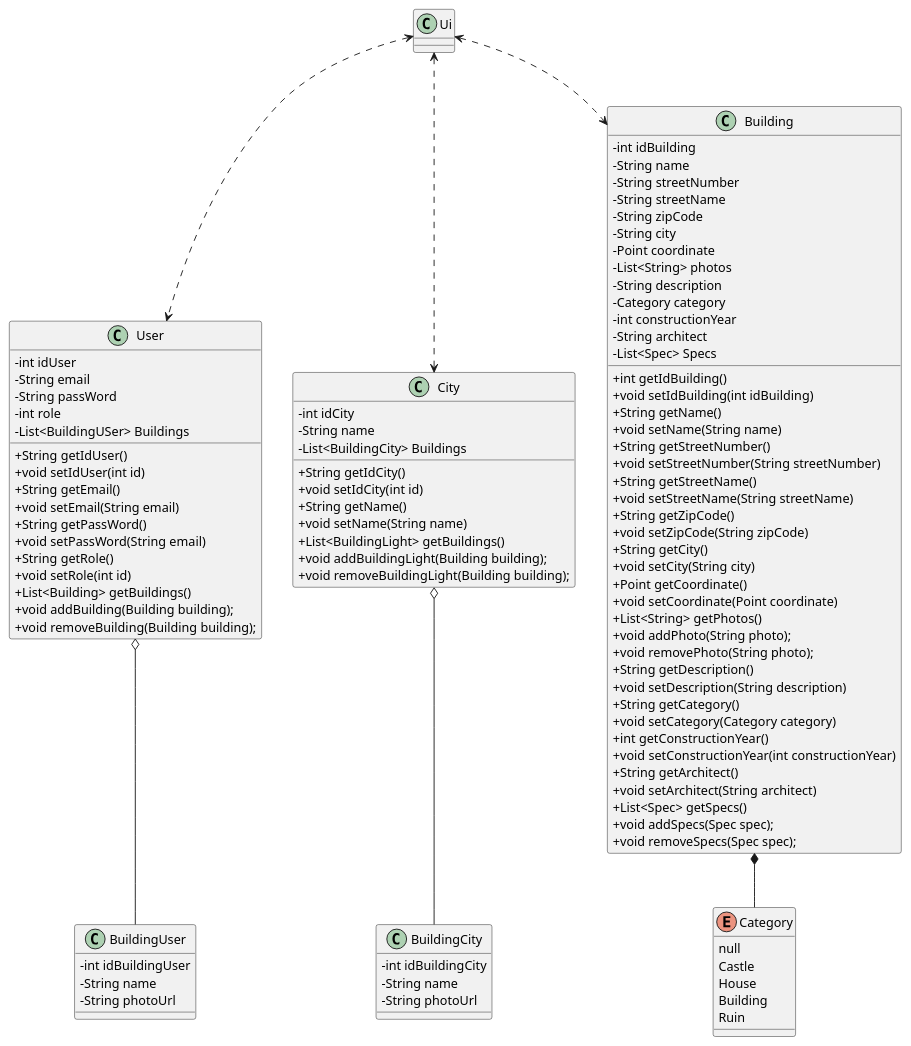
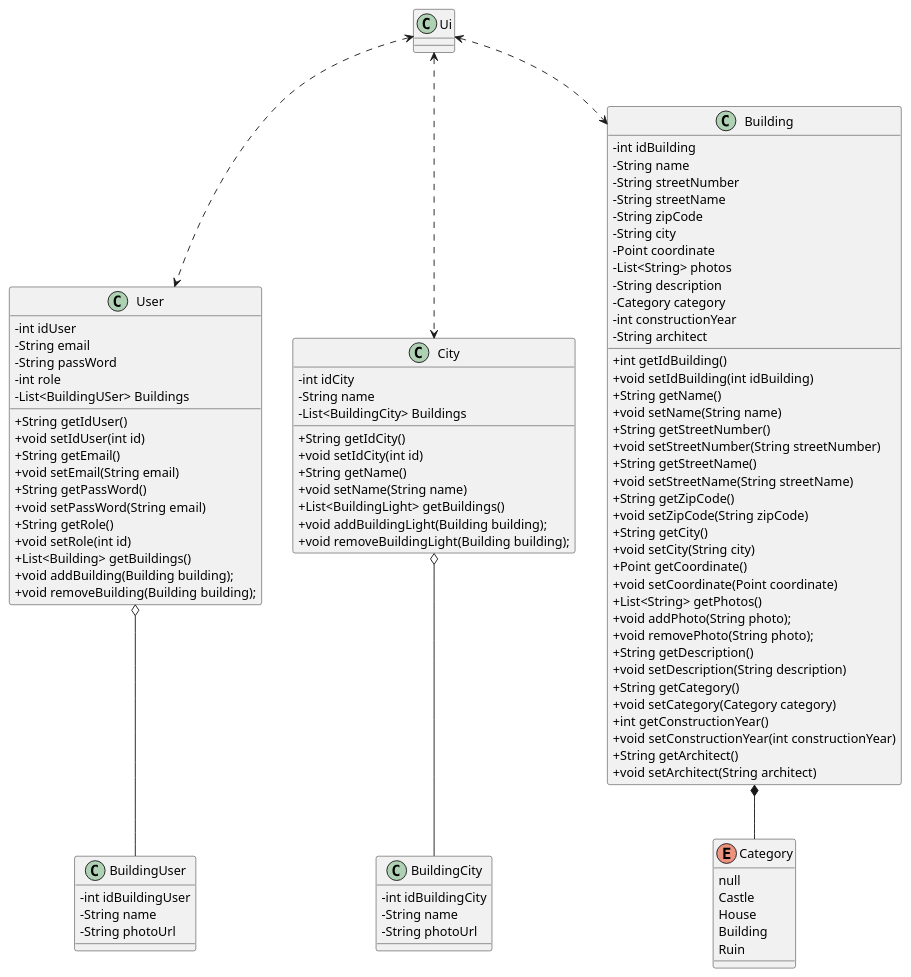
One commit to chris-tophe/CecChrRap changed the first of 4 diagrams in Model.plantuml. Above: the diagram before and after it, drawn with PlantUML.

```diff
--- a/Model.plantuml
+++ b/Model.plantuml
@@ -1,111 +1,108 @@
 @startuml Model3
 skinparam classAttributeIconSize 0
 
 User o-- BuildingUser
 City o-- BuildingCity
 Building *-- Category
 Ui <..> User
 Ui <..> City
 Ui <..> Building
 
 class User{
     - int idUser
     - String email
     - String passWord
     - int role
     - List<BuildingUSer> Buildings
 
     + String getIdUser()
     + void setIdUser(int id)
     + String getEmail()
     + void setEmail(String email)
     + String getPassWord()
     + void setPassWord(String email)
     + String getRole()
     + void setRole(int id)
     + List<Building> getBuildings()
     + void addBuilding(Building building);
     + void removeBuilding(Building building);
 }
 
 class BuildingUser{
     - int idBuildingUser
     - String name
     - String photoUrl
 }
 
 class City{
     - int idCity
     - String name
     - List<BuildingCity> Buildings
 
     + String getIdCity()
     + void setIdCity(int id)
     + String getName()
     + void setName(String name)
     + List<BuildingLight> getBuildings()
     + void addBuildingLight(Building building);
     + void removeBuildingLight(Building building);
 }
 
 class BuildingCity{
     - int idBuildingCity
     - String name
     - String photoUrl
 
 }
 
 class Building{
     - int idBuilding
     - String name
     - String streetNumber
     - String streetName
     - String zipCode
     - String city
     - Point coordinate
     - List<String> photos
     - String description
     - Category category
     - int constructionYear
     - String architect
-    - List<Spec> Specs
 
     + int getIdBuilding()
     + void setIdBuilding(int idBuilding)
     + String getName()
     + void setName(String name)
     + String getStreetNumber()
     + void setStreetNumber(String streetNumber)
     + String getStreetName()
     + void setStreetName(String streetName)
     + String getZipCode()
     + void setZipCode(String zipCode)
     + String getCity()
     + void setCity(String city)
     + Point getCoordinate()
     + void setCoordinate(Point coordinate)
     + List<String> getPhotos()
     + void addPhoto(String photo);
     + void removePhoto(String photo);
     + String getDescription()
     + void setDescription(String description)
     + String getCategory()
     + void setCategory(Category category)
     + int getConstructionYear()
     + void setConstructionYear(int constructionYear)
     + String getArchitect()
     + void setArchitect(String architect)
-    + List<Spec> getSpecs()
-    + void addSpecs(Spec spec);
-    + void removeSpecs(Spec spec);
+
 }
 
 enum Category{
     null
     Castle
     House
     Building
     Ruin
 }
 
 @enduml
```
